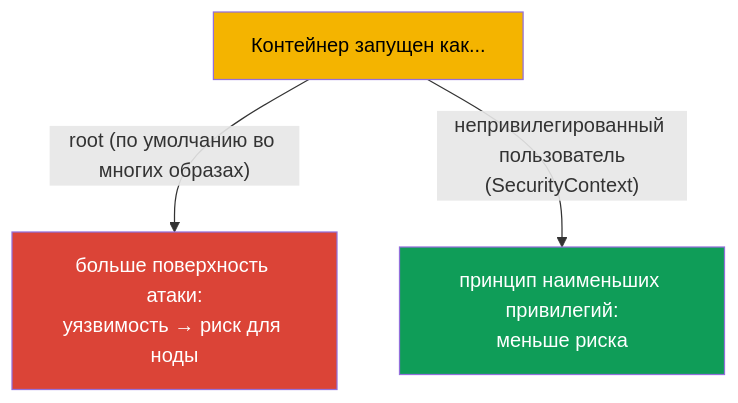
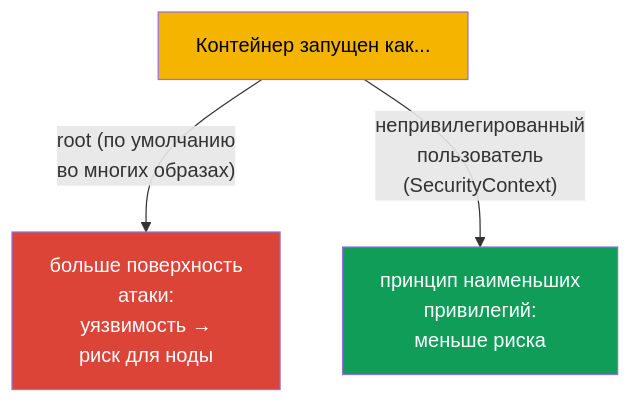
The first of 5 diagrams in tasks/cka/course/20/ru.md (ViktorUJ/cks), drawn with Mermaid before and after one commit. The commit also changed other lines of this file, not shown here.

````diff
--- a/tasks/cka/course/20/ru.md
+++ b/tasks/cka/course/20/ru.md
@@ -17,9 +17,9 @@
 ```mermaid
 flowchart TB
     q["Контейнер запущен как..."]
-    q -->|"root (по умолчанию во многих образах)"| bad["больше поверхность атаки:<br>уязвимость → риск для ноды"]
-    q -->|"непривилегированный пользователь<br>(SecurityContext)"| good["принцип наименьших привилегий:<br>меньше риска"]
+    q -->|"root (по умолчанию<br>во многих образах)"| bad["больше поверхность<br>атаки:<br>уязвимость →<br>риск для ноды"]
+    q -->|"непривилегированный<br>пользователь<br>(SecurityContext)"| good["принцип наименьших<br>привилегий:<br>меньше риска"]
     style q fill:#f4b400,color:#000
     style bad fill:#db4437,color:#fff
     style good fill:#0f9d58,color:#fff
 ```
````
